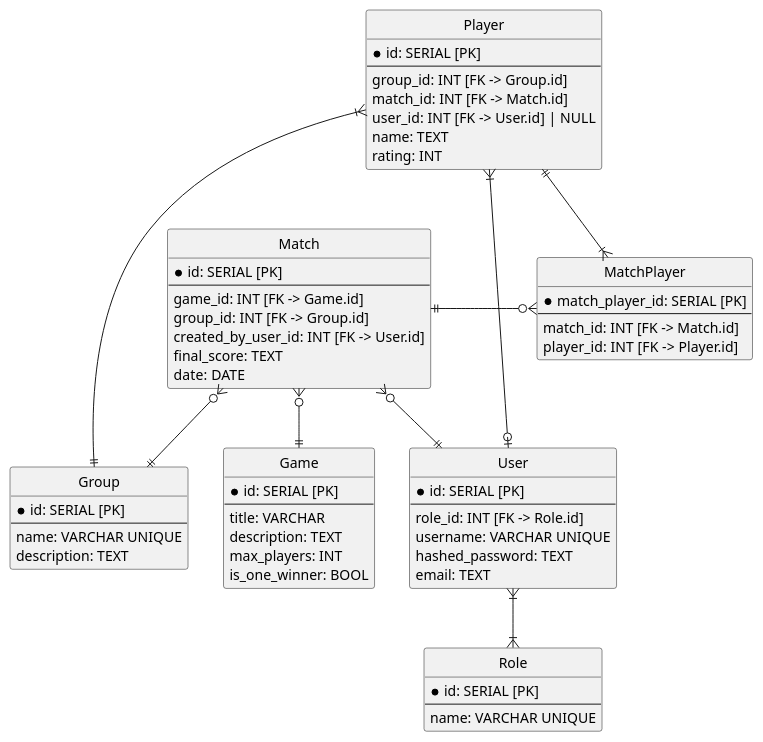
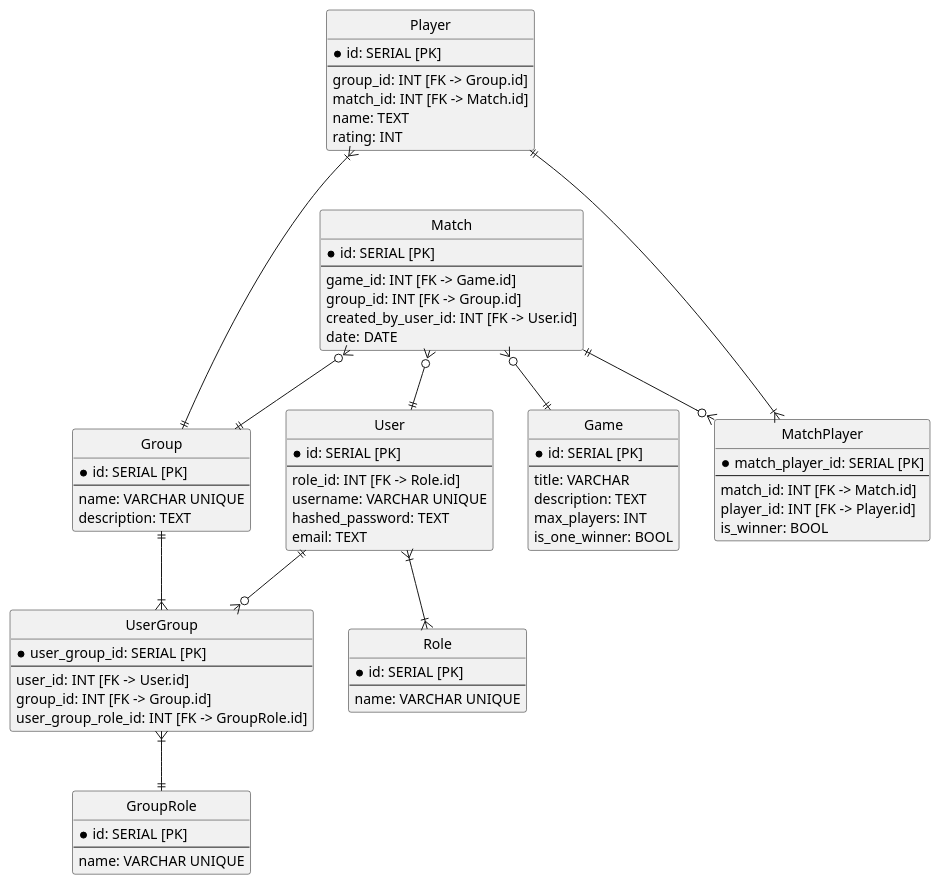
Before and after one commit to Sofassssssss/Board-game-tracking: the diagram in sql_model/er.puml, drawn with PlantUML. The commit also changed 1 other file, not shown here.

Commit message:
replace connection between player and user by table & add GroupRole entity

```diff
--- a/sql_model/er.puml
+++ b/sql_model/er.puml
@@ -1,73 +1,88 @@
 @startuml
 hide circle
 
 entity Game {
   * id: SERIAL [PK]
   --
   title: VARCHAR
   description: TEXT
   max_players: INT
   is_one_winner: BOOL
 }
 
 entity Match {
   * id: SERIAL [PK]
   --
   game_id: INT [FK -> Game.id]
   group_id: INT [FK -> Group.id]
   created_by_user_id: INT [FK -> User.id]
-  final_score: TEXT
   date: DATE
 }
 
 entity Group {
   * id: SERIAL [PK]
   --
   name: VARCHAR UNIQUE
   description: TEXT
 }
 
 entity User {
   * id: SERIAL [PK]
   --
   role_id: INT [FK -> Role.id]
   username: VARCHAR UNIQUE
   hashed_password: TEXT
   email: TEXT
 }
 
+entity UserGroup{
+    * user_group_id: SERIAL [PK]
+    --
+    user_id: INT [FK -> User.id]
+    group_id: INT [FK -> Group.id]
+    user_group_role_id: INT [FK -> GroupRole.id]
+}
+
 entity MatchPlayer{
     * match_player_id: SERIAL [PK]
     --
     match_id: INT [FK -> Match.id]
     player_id: INT [FK -> Player.id]
+    is_winner: BOOL
 }
 
 entity Player {
   * id: SERIAL [PK]
   --
   group_id: INT [FK -> Group.id]
   match_id: INT [FK -> Match.id]
-  user_id: INT [FK -> User.id] | NULL
   name: TEXT
   rating: INT
 }
 
 entity Role {
+  * id: SERIAL [PK]
+  --
+  name: VARCHAR UNIQUE
+}
+
+entity GroupRole {
   * id: SERIAL [PK]
   --
   name: VARCHAR UNIQUE
 }
 
 
 Match }o--|| Game
 Match }o--|| Group
 Match }o--|| User
 Match ||-o{ MatchPlayer
 Player }|---|| Group
-Player }|--o| User
-Player ||--|{ MatchPlayer
+Player ||---|{ MatchPlayer
 User }|--|{ Role
+User ||--o{ UserGroup
+Group ||--|{ UserGroup
+UserGroup }|--|| GroupRole
 
 
 @enduml
```
